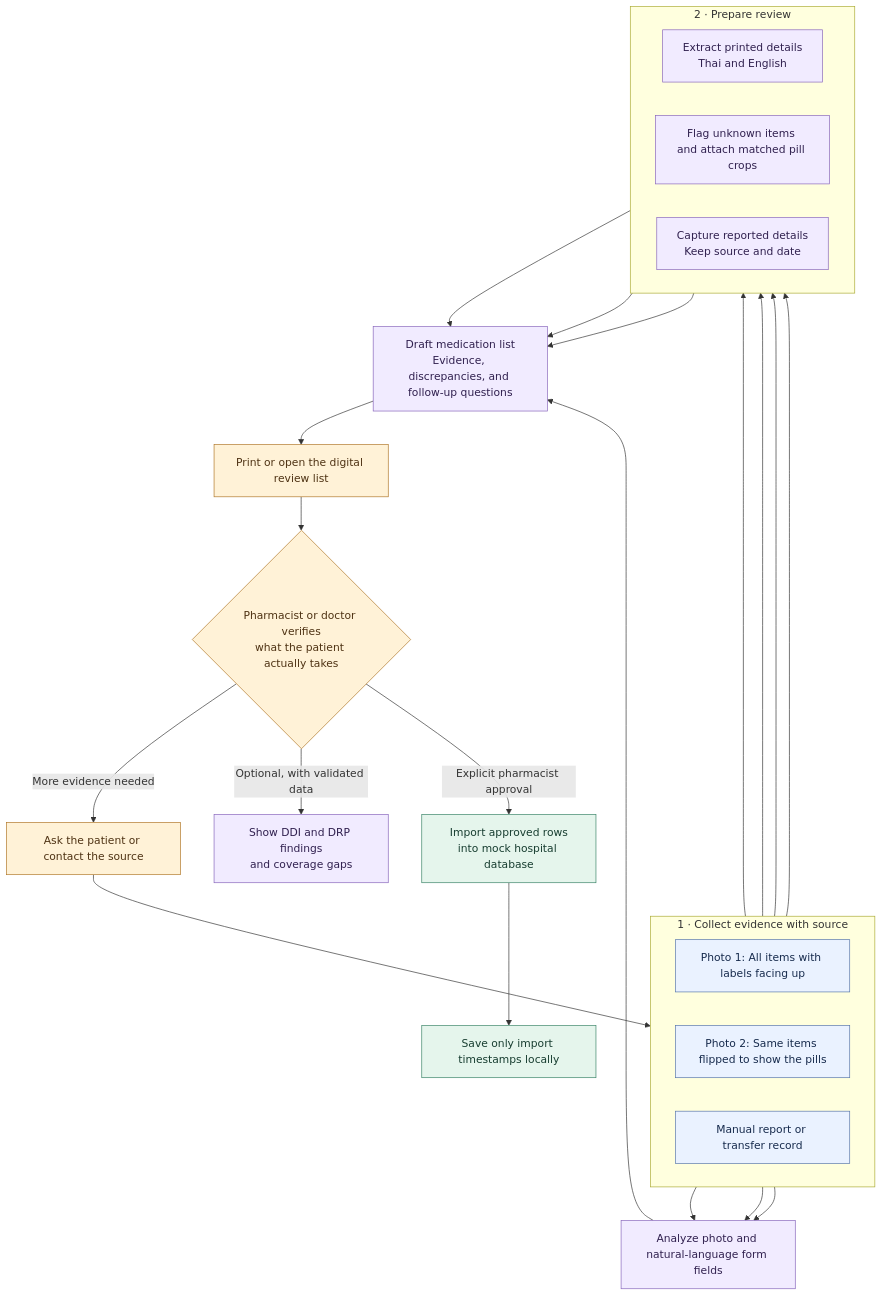
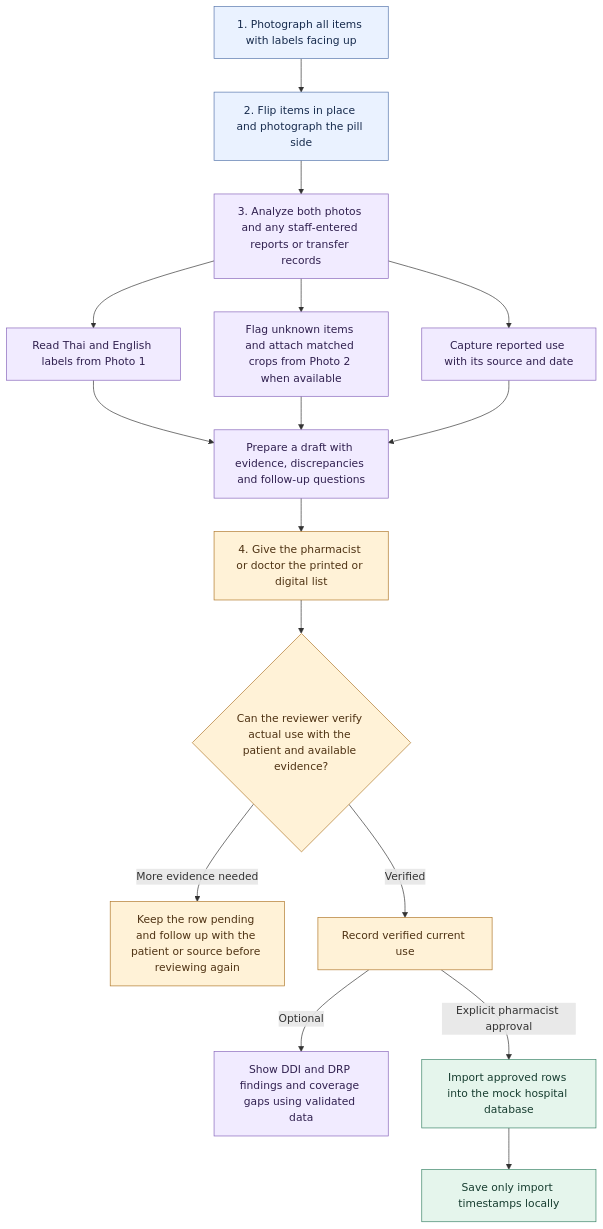
The diagram in docs/specs/medication-reader-v1.md (pakornds/Medication-Reader), drawn with Mermaid before and after one commit.

Commit message:
Show the four medication review steps from top to bottom
Updated workflow diagram and instructions for medication evidence collection.

````diff
--- a/docs/specs/medication-reader-v1.md
+++ b/docs/specs/medication-reader-v1.md
@@ -11,43 +11,29 @@
 ```mermaid
-flowchart TB
-    subgraph intake["1 · Collect evidence with source"]
-        direction LR
-        label["Photo 1: All items with labels facing up"]
-        reverse["Photo 2: Same items flipped to show the pills"]
-        report["Manual report or transfer record"]
-    end
-    subgraph draft["2 · Prepare review"]
-        direction LR
-        ocr["Extract printed details<br/>Thai and English"]
-        flag["Flag unknown items and attach matched pill crops"]
-        manual["Capture reported details<br/>Keep source and date"]
-    end
-
-    label --> ocr
-    label --> flag
-    reverse --> flag
-    report --> manual
-    label --> agent["Analyze photo and natural-language form fields"]
-    reverse --> agent
-    report --> agent
-    ocr --> list["Draft medication list<br/>Evidence, discrepancies, and follow-up questions"]
+flowchart TD
+    label["1. Photograph all items with labels facing up"]
+    reverse["2. Flip items in place and photograph the pill side"]
+    agent["3. Analyze both photos and any staff-entered reports or transfer records"]
+    label --> reverse --> agent
+    agent --> ocr["Read Thai and English labels from Photo 1"]
+    agent --> flag["Flag unknown items and attach matched crops from Photo 2 when available"]
+    agent --> manual["Capture reported use with its source and date"]
+    ocr --> list["Prepare a draft with evidence, discrepancies and follow-up questions"]
     flag --> list
     manual --> list
-    agent --> list
-    list --> handoff["Print or open the digital review list"]
-    handoff --> review{"Pharmacist or doctor verifies<br/>what the patient actually takes"}
-    review -->|More evidence needed| follow["Ask the patient or contact the source"]
-    follow --> intake
-    review -->|Optional, with validated data| checks["Show DDI and DRP findings<br/>and coverage gaps"]
-    review -->|Explicit pharmacist approval| save["Import approved rows<br/>into mock hospital database"]
+    list --> handoff["4. Give the pharmacist or doctor the printed or digital list"]
+    handoff --> review{"Can the reviewer verify actual use with the patient and available evidence?"}
+    review -->|More evidence needed| follow["Keep the row pending and follow up with the patient or source before reviewing again"]
+    review -->|Verified| verified["Record verified current use"]
+    verified -->|Optional| checks["Show DDI and DRP findings and coverage gaps using validated data"]
+    verified -->|Explicit pharmacist approval| save["Import approved rows into the mock hospital database"]
     save --> receipt["Save only import timestamps locally"]
 
     classDef evidence fill:#EAF2FF,stroke:#5675AB,color:#172B4D
     classDef processing fill:#F1EBFF,stroke:#8765BB,color:#30204F
     classDef human fill:#FFF2D7,stroke:#AF7627,color:#4E3213
     classDef storage fill:#E5F5EC,stroke:#398367,color:#173D30
-    class label,reverse,report evidence
+    class label,reverse evidence
     class ocr,flag,manual,list,agent,checks processing
-    class handoff,review,follow human
+    class handoff,review,follow,verified human
     class save,receipt storage
 ```
````
